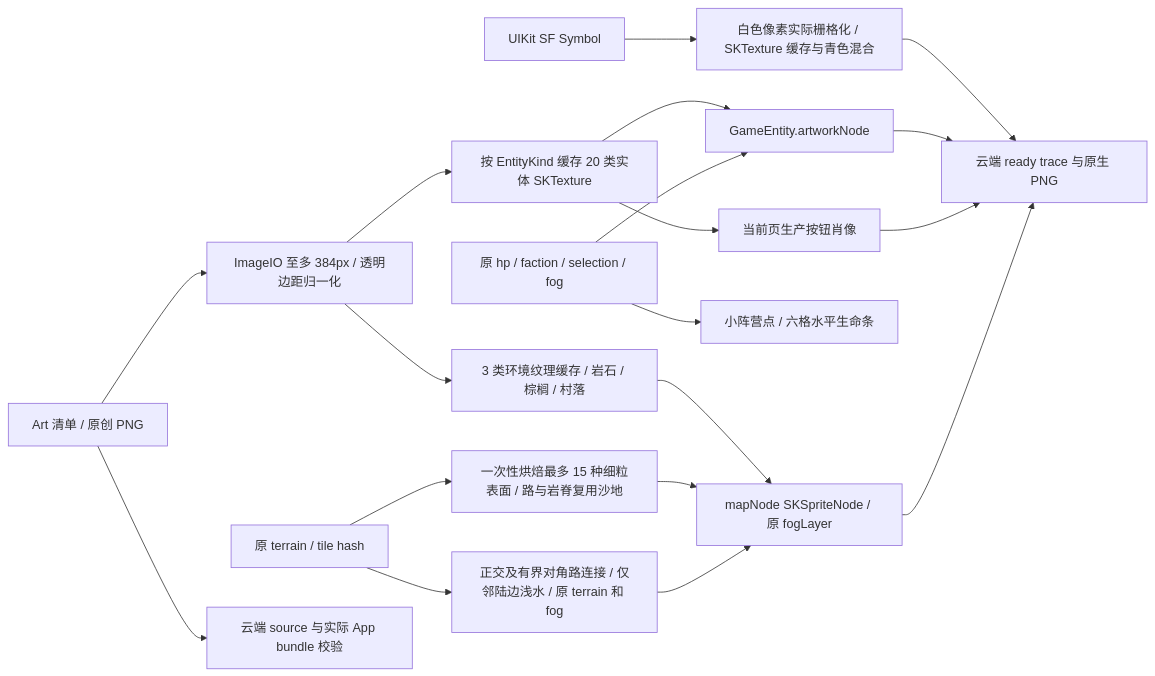
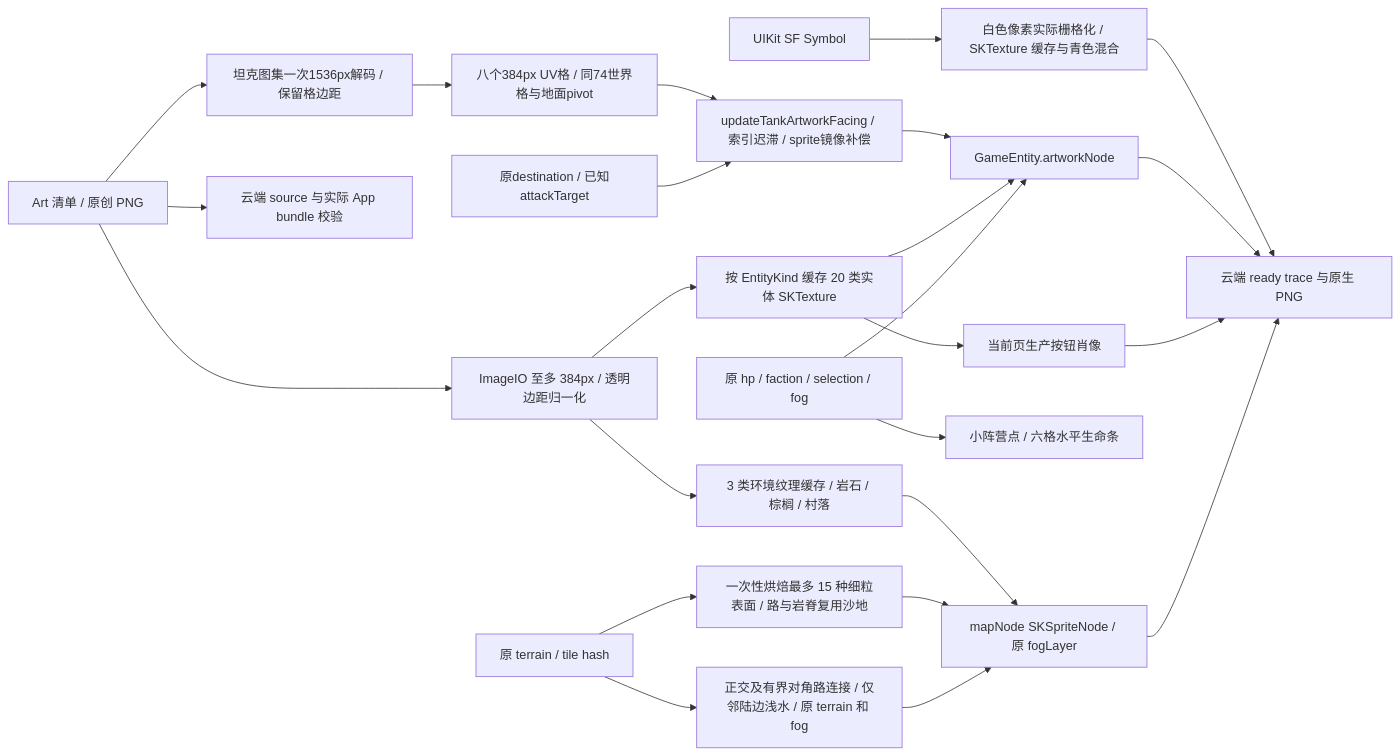
Before and after one commit to Altman-sam114/1145: the tenth of 10 diagrams in md/flow/flowchart.md, drawn with Mermaid. The commit also changed other lines of this file and 14 other files, not shown here.

Commit message:
v6.9: 接入原创坦克八方向图集与云端方向验证

````diff
--- a/md/flow/flowchart.md
+++ b/md/flow/flowchart.md
@@ -336,21 +336,26 @@
 ```mermaid
 flowchart LR
   Manifest[Art 清单 / 原创 PNG] --> Decode[ImageIO 至多 384px / 透明边距归一化]
   Decode --> Cache[按 EntityKind 缓存 20 类实体 SKTexture]
+  Manifest --> TankAtlas[坦克图集一次1536px解码 / 保留格边距]
+  TankAtlas --> TankUV[八个384px UV格 / 同74世界格与地面pivot]
+  TankUV --> Facing[updateTankArtworkFacing / 索引迟滞 / sprite镜像补偿]
+  Intent[原destination / 已知attackTarget] --> Facing
+  Facing --> Body
   Cache --> Body[GameEntity.artworkNode]
   Cache --> Portrait[当前页生产按钮肖像]
   Decode --> Scenery[3 类环境纹理缓存 / 岩石 / 棕榈 / 村落]
   Scenery --> Map
   State[原 hp / faction / selection / fog] --> Body
   State --> Markers[小阵营点 / 六格水平生命条]
   Terrain[原 terrain / tile hash] --> Bake[一次性烘焙最多 15 种细粒表面 / 路与岩脊复用沙地]
   Bake --> Map[mapNode SKSpriteNode / 原 fogLayer]
   Terrain --> Detail[正交及有界对角路连接 / 仅邻陆边浅水 / 原 terrain 和 fog]
   Detail --> Map
   Symbol[UIKit SF Symbol] --> Raster[白色像素实际栅格化 / SKTexture 缓存与青色混合]
   Raster --> Screen
   Manifest --> Verify[云端 source 与实际 App bundle 校验]
   Body --> Screen[云端 ready trace 与原生 PNG]
   Portrait --> Screen
   Map --> Screen
 ```
````
